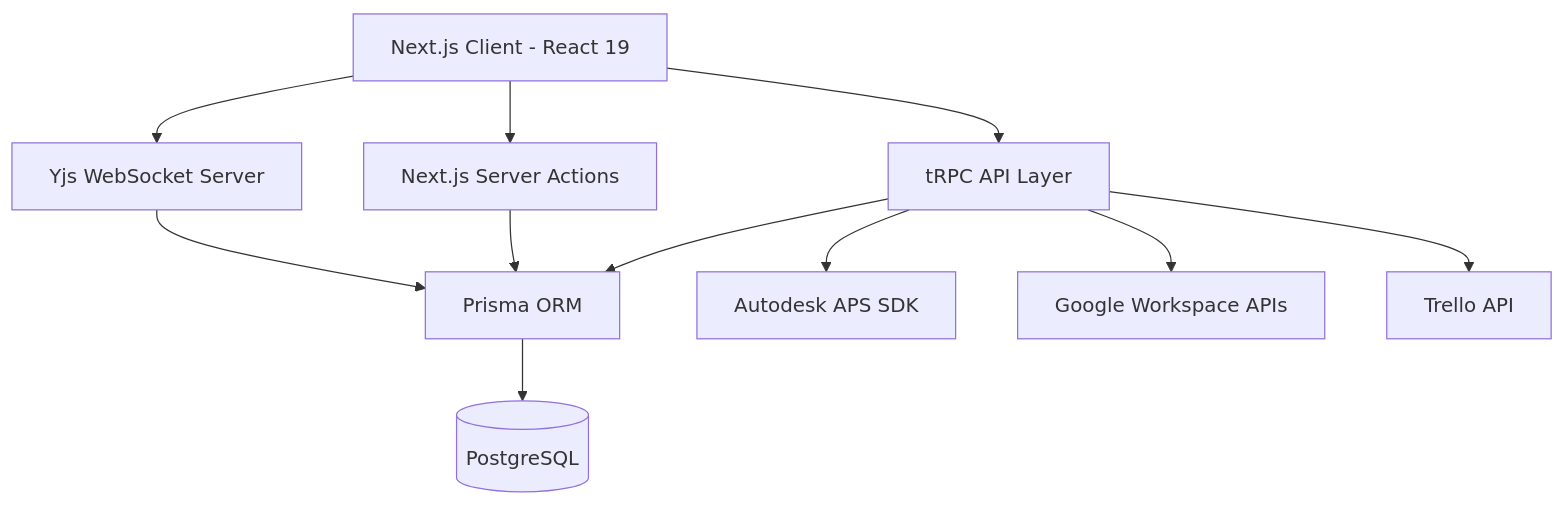
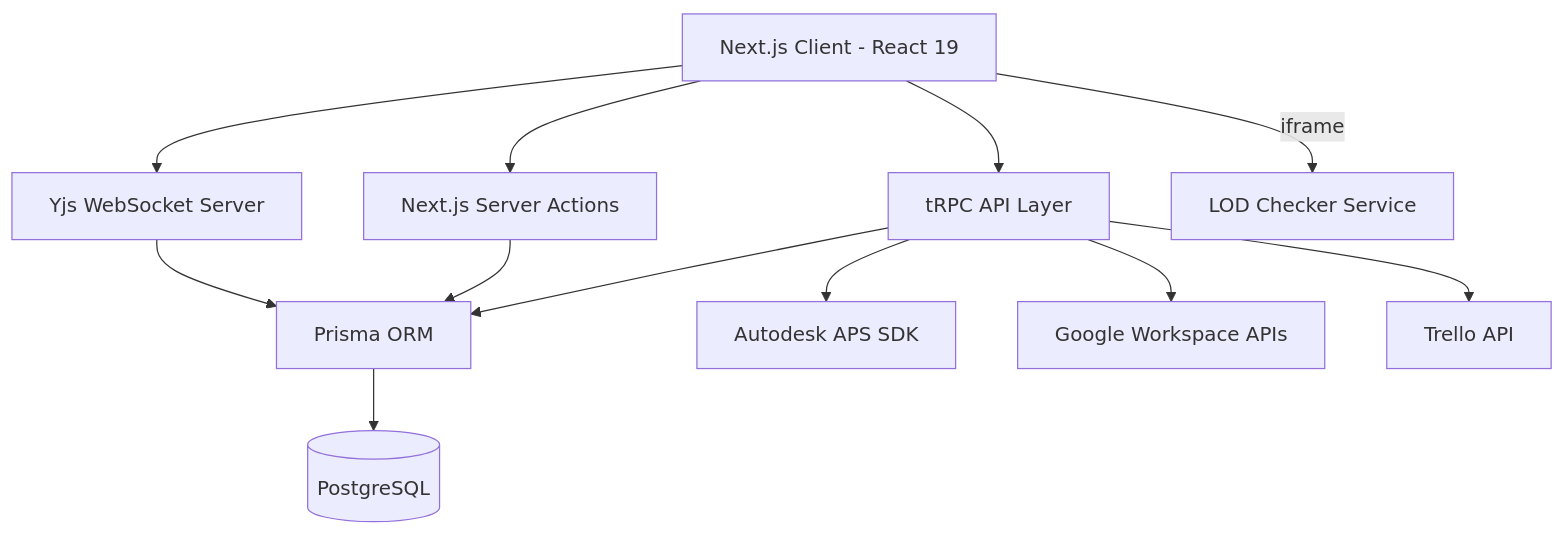
One commit to lecgarq/Dashboard changed the diagram in .gsd/ARCHITECTURE.md. Above: the diagram before and after it, drawn with Mermaid. The commit also changed other lines of this file and 2 other files, not shown here.

````diff
--- a/.gsd/ARCHITECTURE.md
+++ b/.gsd/ARCHITECTURE.md
@@ -11,23 +11,25 @@
 ```mermaid
 graph TD
     Client[Next.js Client - React 19]
     TRPC[tRPC API Layer]
     Actions[Next.js Server Actions]
     Prisma[Prisma ORM]
     DB[(PostgreSQL)]
     APS[Autodesk APS SDK]
     Google[Google Workspace APIs]
     Trello[Trello API]
     Yjs[Yjs WebSocket Server]
+    LOD[LOD Checker Service]
 
     Client --> TRPC
     Client --> Actions
     Client --> Yjs
+    Client -- iframe --> LOD
     TRPC --> Prisma
     Actions --> Prisma
     Prisma --> DB
     TRPC --> APS
     TRPC --> Google
     TRPC --> Trello
     Yjs --> Prisma
 ```
````
